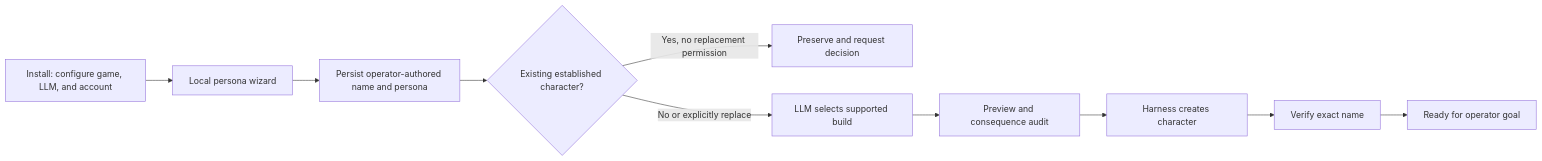
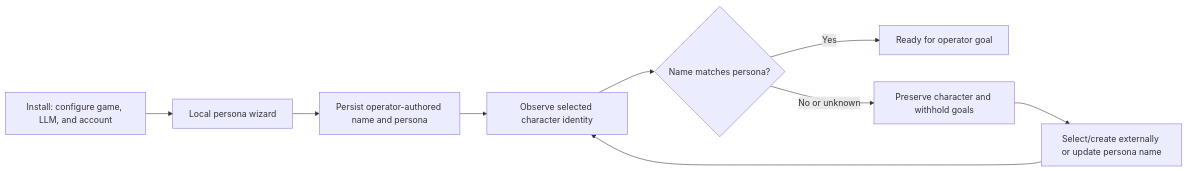
The diagram in docs/implementation.md (cpappas213/meridian59-llm-bot), drawn with Mermaid before and after one commit. The commit also changed other lines of this file and 30 other files, not shown here.

````diff
--- a/docs/implementation.md
+++ b/docs/implementation.md
@@ -42,12 +42,11 @@
 ```mermaid
 flowchart LR
     A["Install: configure game, LLM, and account"] --> B["Local persona wizard"]
     B --> C["Persist operator-authored name and persona"]
-    C --> D{"Existing established character?"}
-    D -->|"Yes, no replacement permission"| E["Preserve and request decision"]
-    D -->|"No or explicitly replace"| F["LLM selects supported build"]
-    F --> G["Preview and consequence audit"]
-    G --> H["Harness creates character"]
-    H --> I["Verify exact name"]
-    I --> J["Ready for operator goal"]
+    C --> D["Observe selected character identity"]
+    D --> E{"Name matches persona?"}
+    E -->|"Yes"| F["Ready for operator goal"]
+    E -->|"No or unknown"| G["Preserve character and withhold goals"]
+    G --> H["Select/create externally or update persona name"]
+    H --> D
 ```
````
